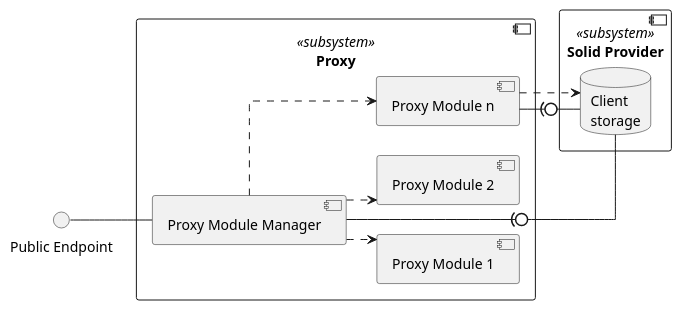
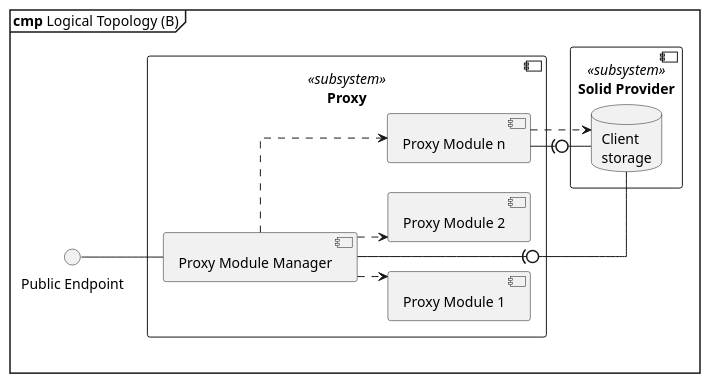
The diagram in docs/resources/diagrams/Logical_Topology_B.puml (guddii/SEACT), drawn with PlantUML before and after one commit. The commit also changed 29 other files, not shown here.

```diff
--- a/docs/resources/diagrams/Logical_Topology_B.puml
+++ b/docs/resources/diagrams/Logical_Topology_B.puml
@@ -1,23 +1,24 @@
 @startuml Logical_Topology_B
 left to right direction
 skinparam linetype ortho
 skinparam nodesep 30
 skinparam ranksep 30
+mainframe **cmp** Logical Topology (B)
 interface "Public Endpoint" as PE
 component "Proxy" as proxy <<subsystem>>{
     component "Proxy Module Manager" as MM
     component "Proxy Module 1" as M1
     component "Proxy Module 2" as M2
     component "Proxy Module n" as MN
 }
 component "Solid Provider" as P <<subsystem>>{
     database "Client\nstorage" as CU
 }
 PE -- MM
 MM ..> M1
 MM ..> M2
 MM ..> MN
 MM -(0- CU
 MN -(0- CU
 MN ..> CU
 @enduml
```
